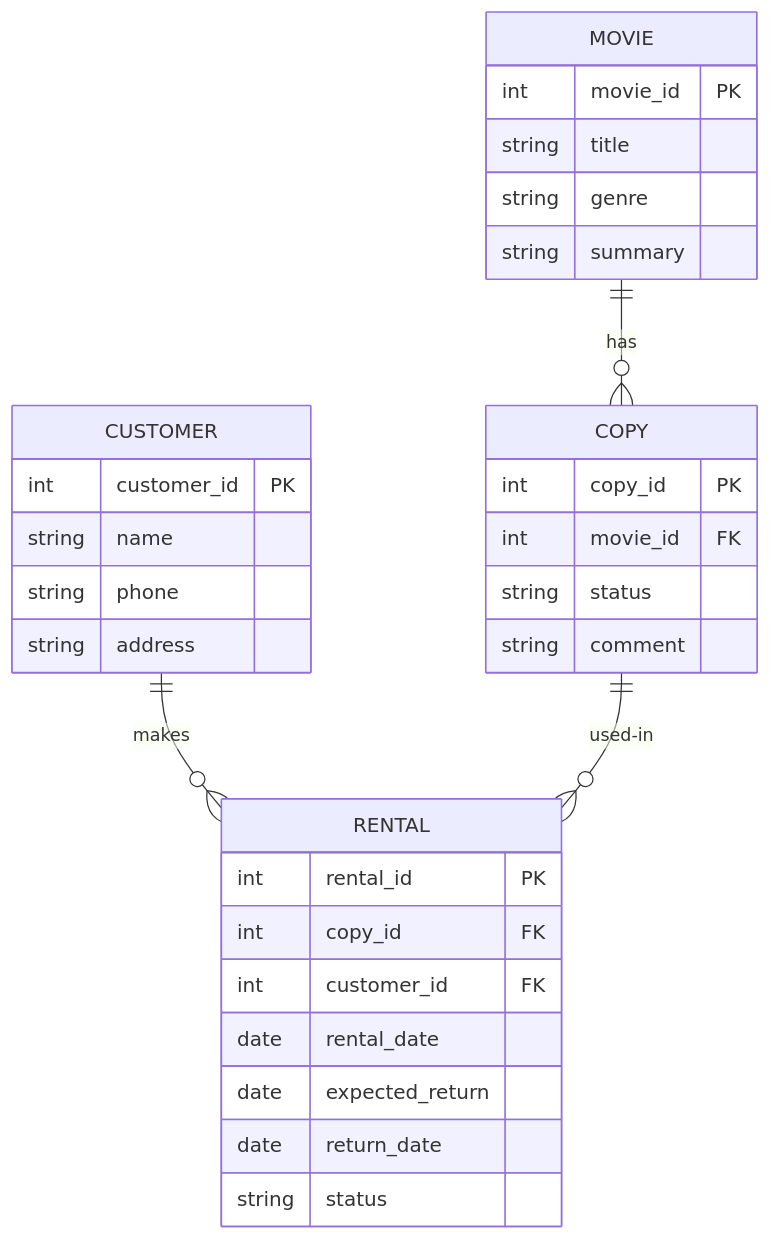
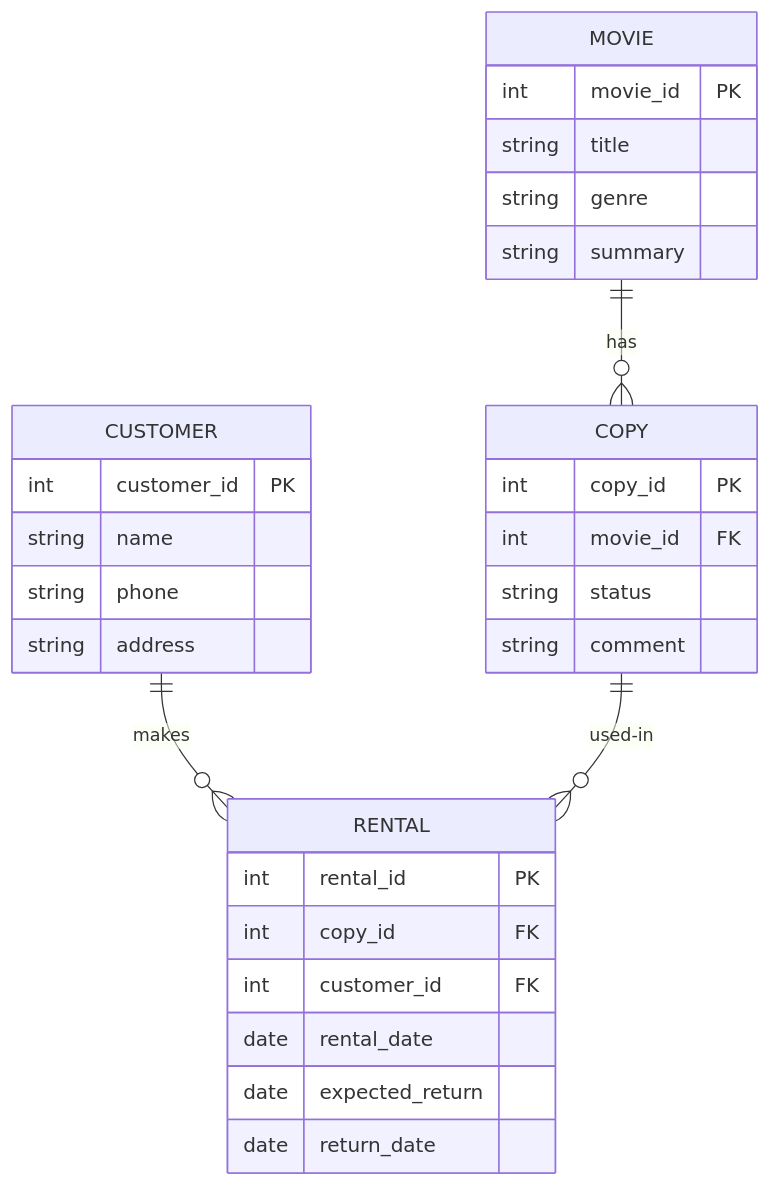
Before and after one commit to scaledVideoClub/vc-stage2-vb6: the third of 3 diagrams in specs/domain.md, drawn with Mermaid. The commit also changed other lines of this file and 4 other files, not shown here.

Commit message:
decision made about 'status' column in rentals table, no need on it. also added sql script for db plus tables and db diagram as jpg

````diff
--- a/specs/domain.md
+++ b/specs/domain.md
@@ -220,34 +220,33 @@
 ```mermaid
 erDiagram
     MOVIE {
         int movie_id PK
         string title
         string genre
         string summary
     }
     COPY {
         int copy_id PK
         int movie_id FK
         string status
         string comment
     }
     CUSTOMER {
         int customer_id PK
         string name
         string phone
         string address
     }
     RENTAL {
         int rental_id PK
         int copy_id FK
         int customer_id FK
         date rental_date
         date expected_return
         date return_date
-        string status
     }
 
     MOVIE ||--o{ COPY : has
     CUSTOMER ||--o{ RENTAL : makes
     COPY ||--o{ RENTAL : used-in
 ```
````
